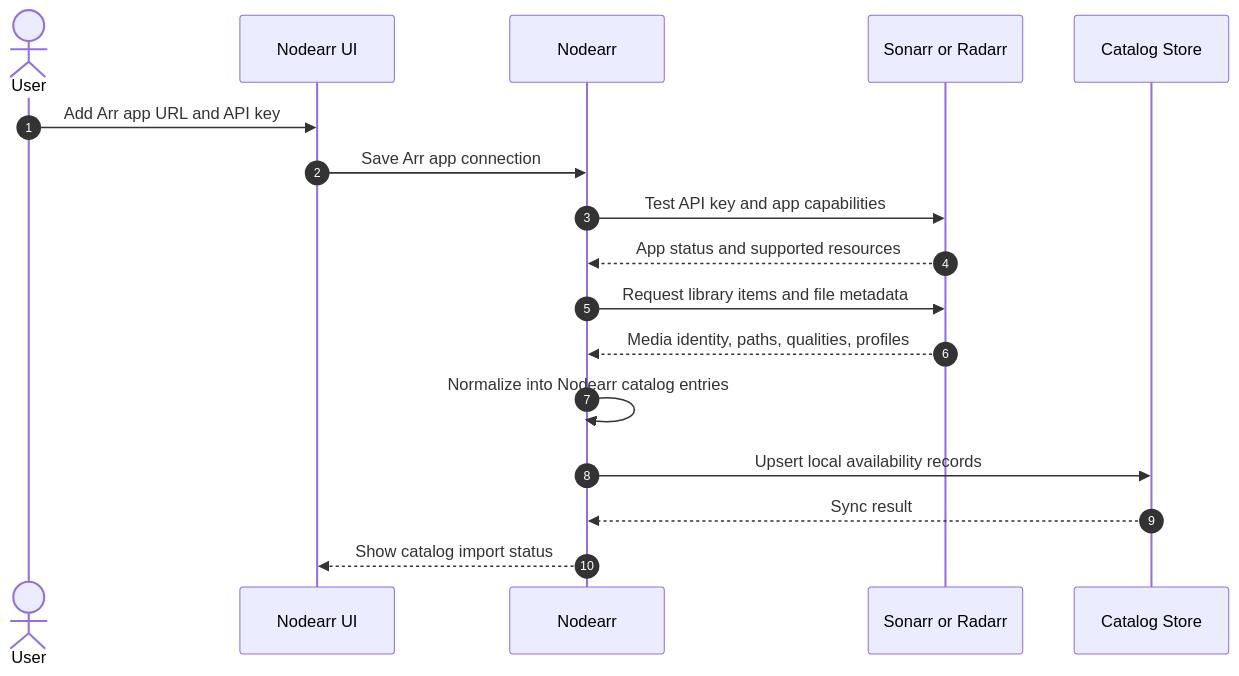
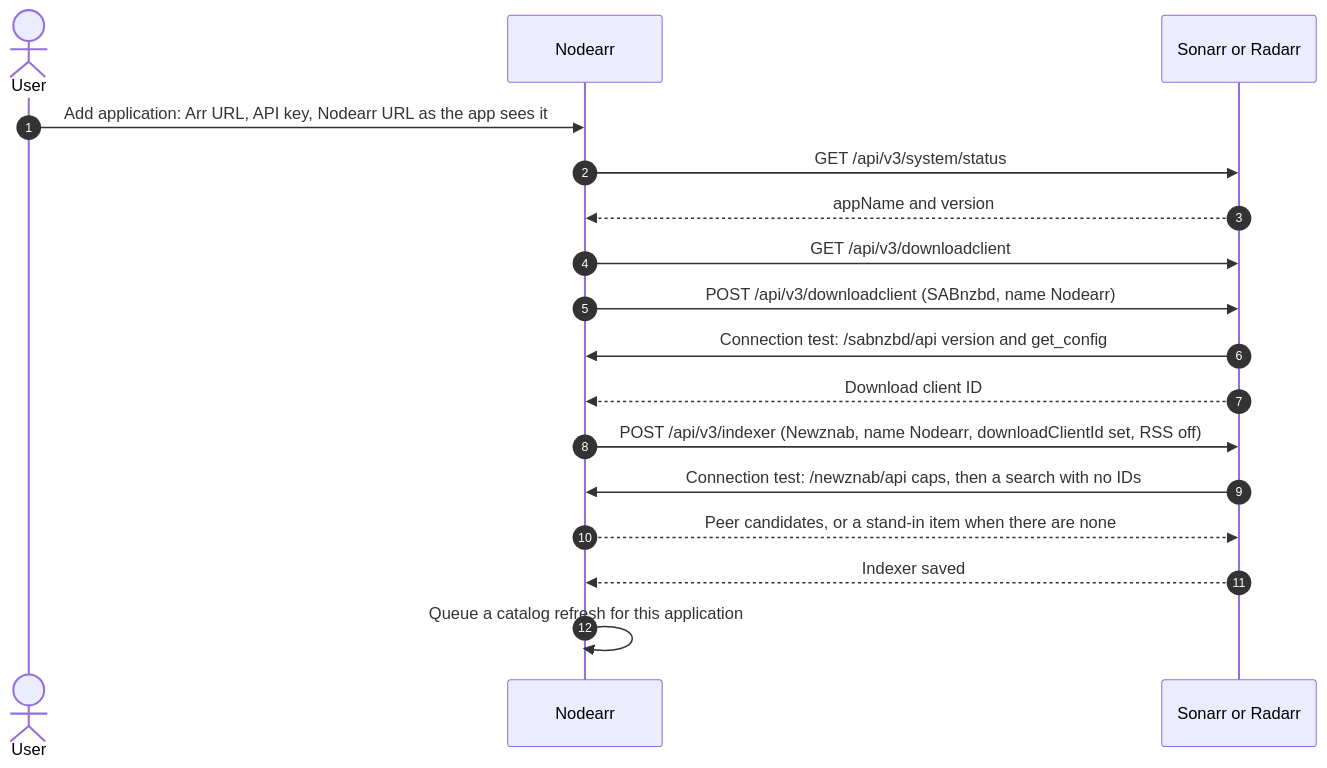
Before and after one commit to Nodearr/Nodearr: the first of 2 diagrams in docs/diagrams/catalog-import-sonarr-radarr.md, drawn with Mermaid. The commit also changed other lines of this file and 5 other files, not shown here.

````diff
--- a/docs/diagrams/catalog-import-sonarr-radarr.md
+++ b/docs/diagrams/catalog-import-sonarr-radarr.md
@@ -5,20 +9,20 @@
 ```mermaid
 sequenceDiagram
     autonumber
     actor User
-    participant UI as Nodearr UI
     participant Nodearr
     participant Arr as Sonarr or Radarr
-    participant Store as Catalog Store
 
-    User->>UI: Add Arr app URL and API key
-    UI->>Nodearr: Save Arr app connection
-    Nodearr->>Arr: Test API key and app capabilities
-    Arr-->>Nodearr: App status and supported resources
-    Nodearr->>Arr: Request library items and file metadata
-    Arr-->>Nodearr: Media identity, paths, qualities, profiles
-    Nodearr->>Nodearr: Normalize into Nodearr catalog entries
-    Nodearr->>Store: Upsert local availability records
-    Store-->>Nodearr: Sync result
-    Nodearr-->>UI: Show catalog import status
+    User->>Nodearr: Add application: Arr URL, API key, Nodearr URL as the app sees it
+    Nodearr->>Arr: GET /api/v3/system/status
+    Arr-->>Nodearr: appName and version
+    Nodearr->>Arr: GET /api/v3/downloadclient
+    Nodearr->>Arr: POST /api/v3/downloadclient (SABnzbd, name Nodearr)
+    Arr->>Nodearr: Connection test: /sabnzbd/api version and get_config
+    Arr-->>Nodearr: Download client ID
+    Nodearr->>Arr: POST /api/v3/indexer (Newznab, name Nodearr, downloadClientId set, RSS off)
+    Arr->>Nodearr: Connection test: /newznab/api caps, then a search with no IDs
+    Nodearr-->>Arr: Peer candidates, or a stand-in item when there are none
+    Arr-->>Nodearr: Indexer saved
+    Nodearr->>Nodearr: Queue a catalog refresh for this application
 ```
````
